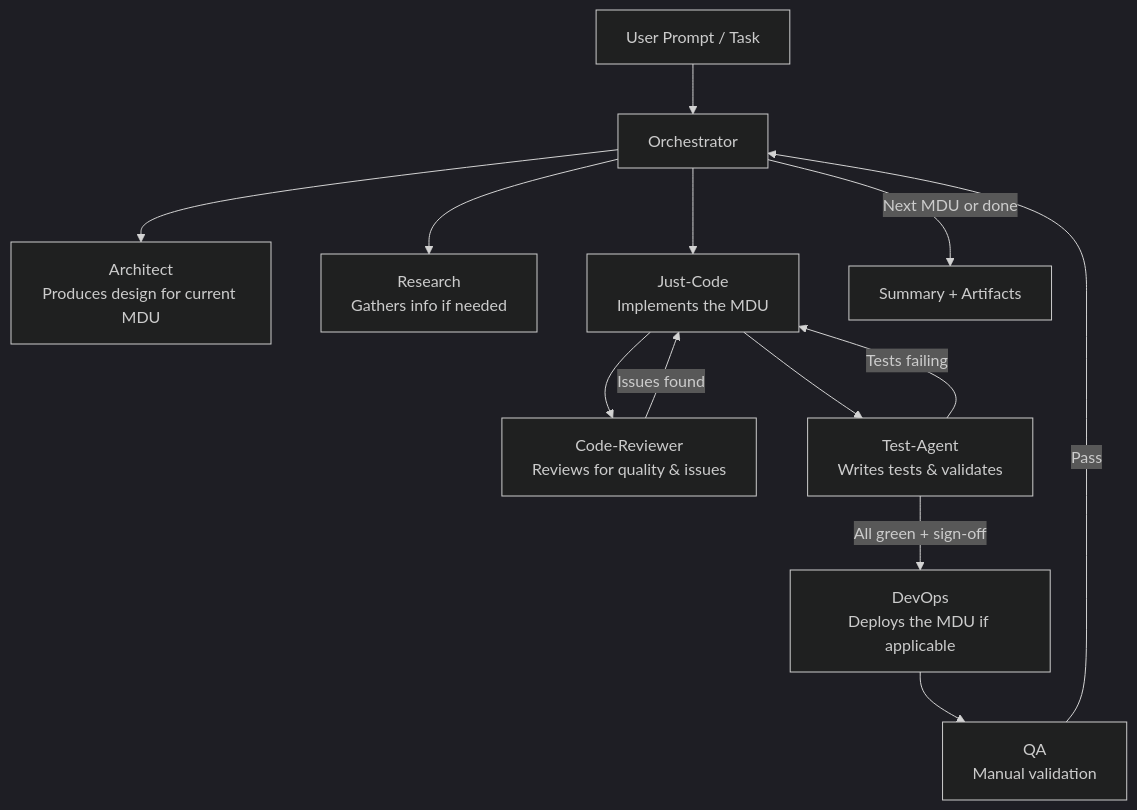
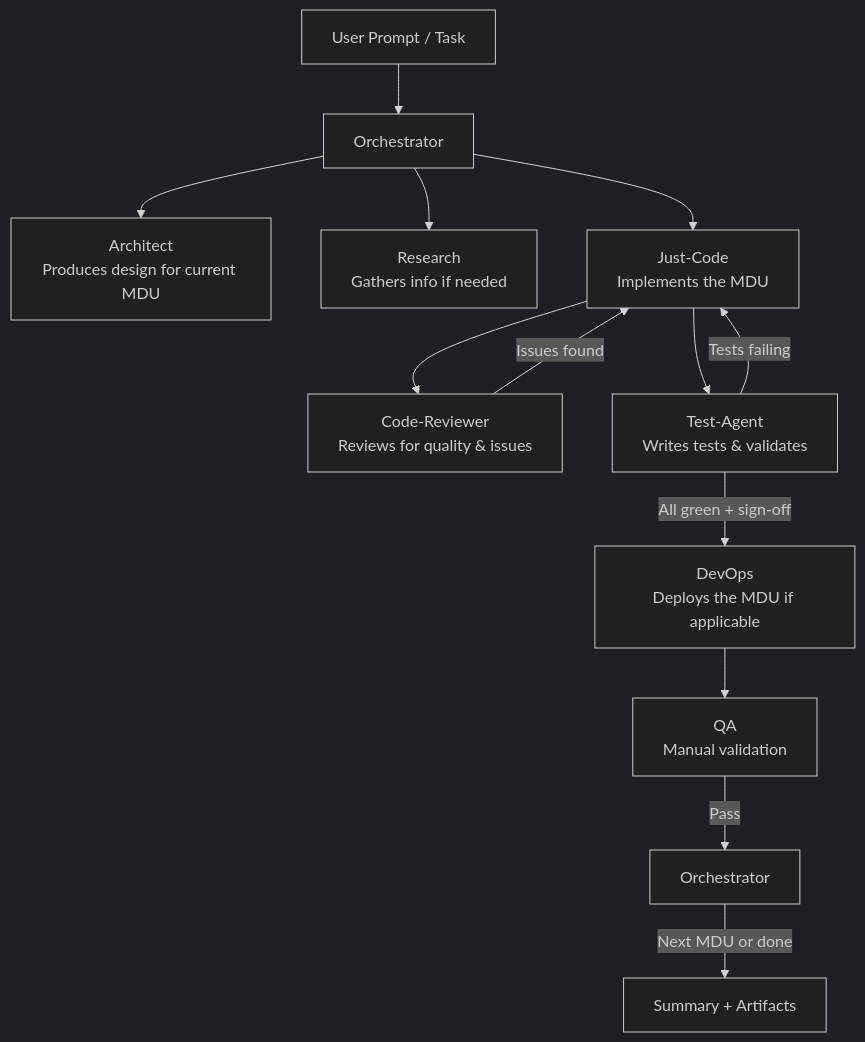
Before and after one commit to dihhuit/jeffs_agents: the first of 2 diagrams in README.md, drawn with Mermaid (dark theme). The commit also changed other lines of this file, not shown here.

Commit message:
Adjust Mermaid diagram layouts to leave space at bottom-right for GitHub's pan/zoom controls. Moved final 'Done' / 'K' nodes earlier in the graph definition to bias layout leftward.

````diff
--- a/README.md
+++ b/README.md
@@ -80,15 +80,16 @@
 ```mermaid
 graph TD
+    Done[Summary + Artifacts]
     User[User Prompt / Task] --> Orch[Orchestrator]
     Orch --> Arch[Architect<br/>Produces design for current MDU]
     Orch --> Research[Research<br/>Gathers info if needed]
     Orch --> JustCode[Just-Code<br/>Implements the MDU]
     JustCode --> Reviewer[Code-Reviewer<br/>Reviews for quality &amp; issues]
     Reviewer -->|Issues found| JustCode
     JustCode --> Tester[Test-Agent<br/>Writes tests &amp; validates]
     Tester -->|Tests failing| JustCode
     Tester -->|All green + sign-off| DevOps[DevOps<br/>Deploys the MDU if applicable]
     DevOps --> QA[QA<br/>Manual validation]
-    QA -->|Pass| Orch
-    Orch -->|Next MDU or done| Done[Summary + Artifacts]
+    QA -->|Pass| Orch2[Orchestrator]
+    Orch2 -->|Next MDU or done| Done
 ```
````
